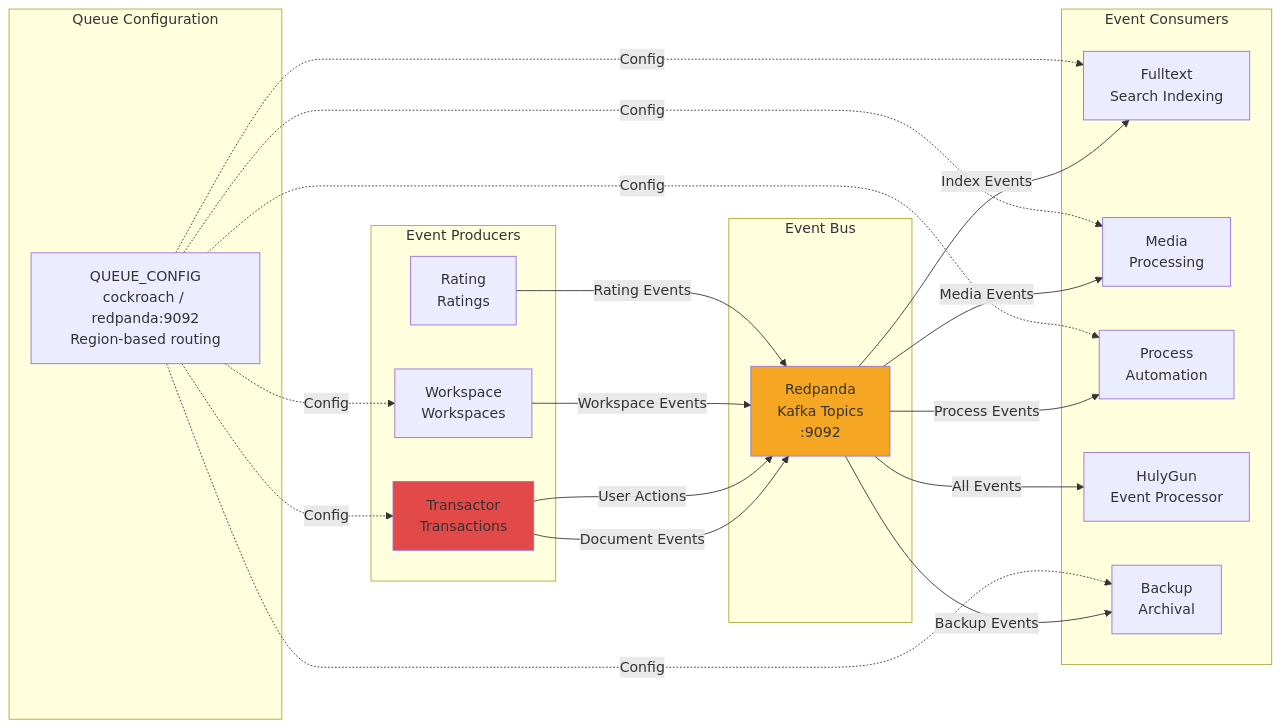
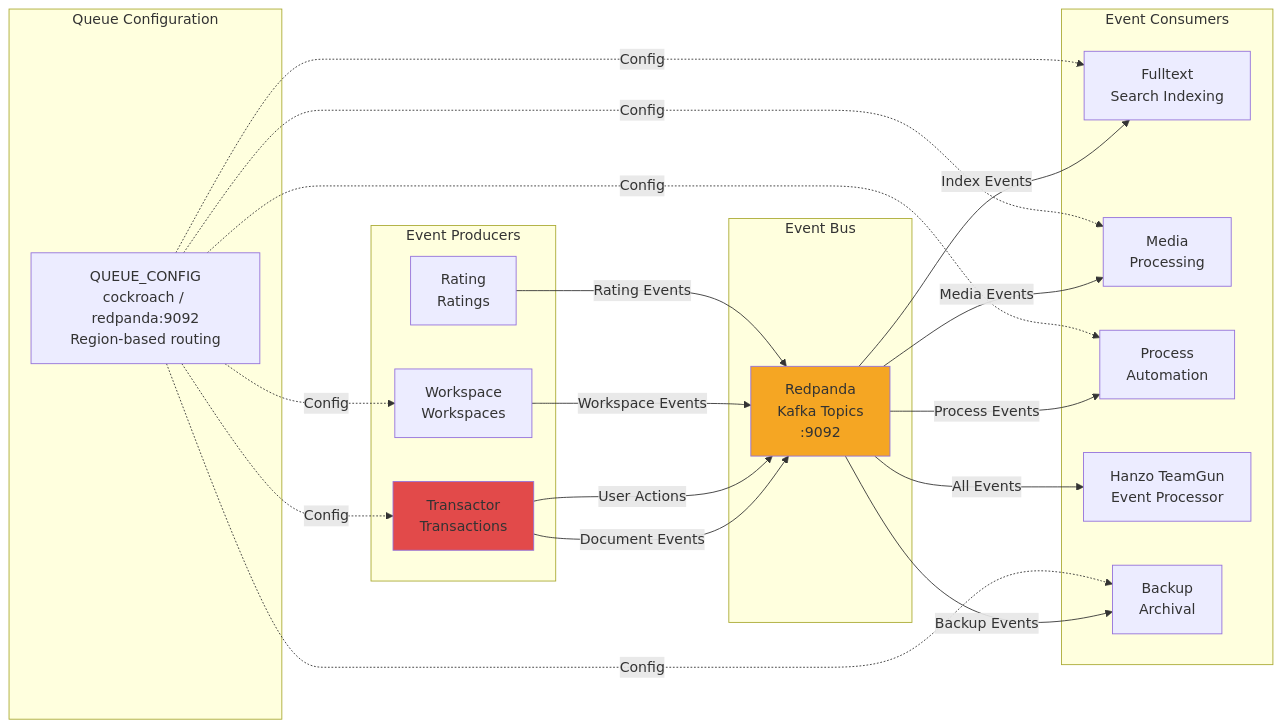
One commit to hanzoai/team changed the second of 4 diagrams in ARCHITECTURE_OVERVIEW.md. Above: the diagram before and after it, drawn with Mermaid. The commit also changed other lines of this file and 4563 other files, not shown here.

First line of the commit message:
feat(branding): Complete Huly → Hanzo rebrand across entire codebase

````diff
--- a/ARCHITECTURE_OVERVIEW.md
+++ b/ARCHITECTURE_OVERVIEW.md
@@ -216,45 +216,45 @@
 ```mermaid
 graph LR
     subgraph "Event Producers"
         Transactor[Transactor<br/>Transactions]
         Workspace[Workspace<br/>Workspaces]
         Rating[Rating<br/>Ratings]
     end
     
     subgraph "Event Bus"
         Redpanda[Redpanda<br/>Kafka Topics<br/>:9092]
     end
     
     subgraph "Event Consumers"
         Fulltext[Fulltext<br/>Search Indexing]
         Media[Media<br/>Processing]
         Process[Process<br/>Automation]
-        Gun[HulyGun<br/>Event Processor]
+        Gun[Hanzo TeamGun<br/>Event Processor]
         BackupSvc2[Backup<br/>Archival]
     end
     
     subgraph "Queue Configuration"
         QC["QUEUE_CONFIG<br/>cockroach / redpanda:9092<br/>Region-based routing"]
     end
     
     Transactor -->|Document Events| Redpanda
     Transactor -->|User Actions| Redpanda
     Workspace -->|Workspace Events| Redpanda
     Rating -->|Rating Events| Redpanda
     
     Redpanda -->|Index Events| Fulltext
     Redpanda -->|Media Events| Media
     Redpanda -->|Process Events| Process
     Redpanda -->|All Events| Gun
     Redpanda -->|Backup Events| BackupSvc2
     
     QC -.Config.-> Transactor
     QC -.Config.-> Workspace
     QC -.Config.-> Fulltext
     QC -.Config.-> Media
     QC -.Config.-> Process
     QC -.Config.-> BackupSvc2
     
     style Redpanda fill:#F5A623
     style Transactor fill:#E24A4A
 ```
````
